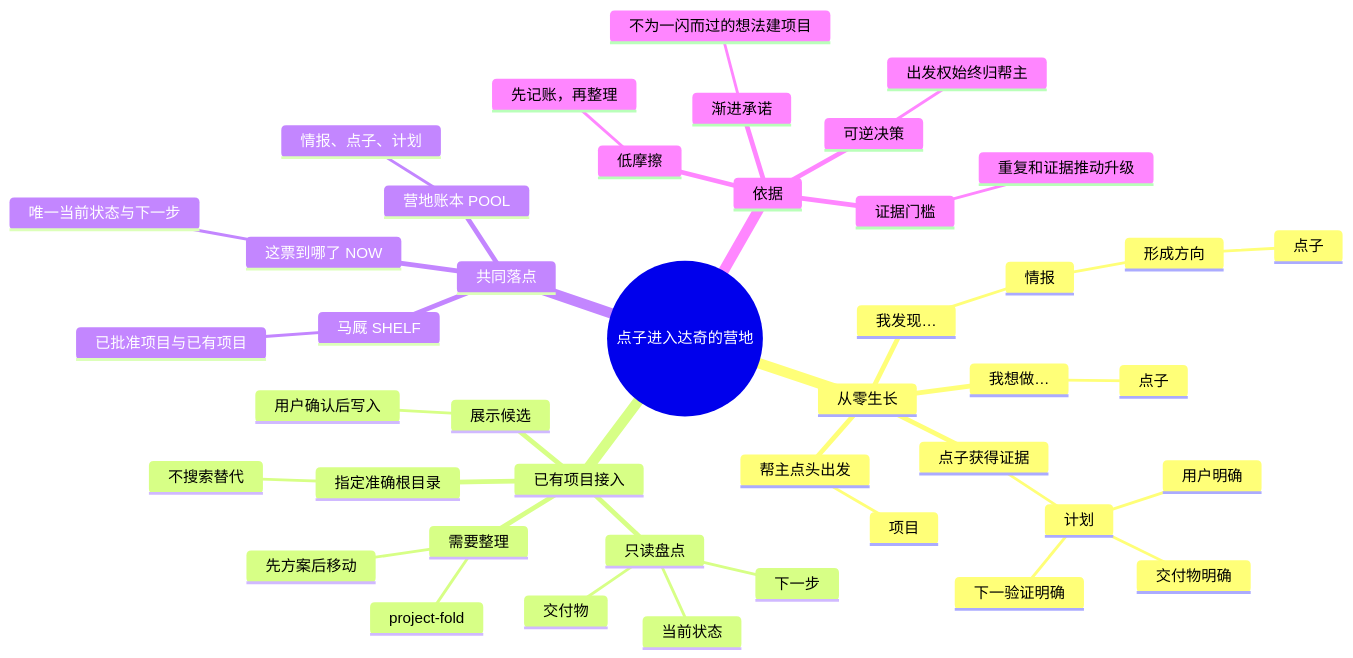
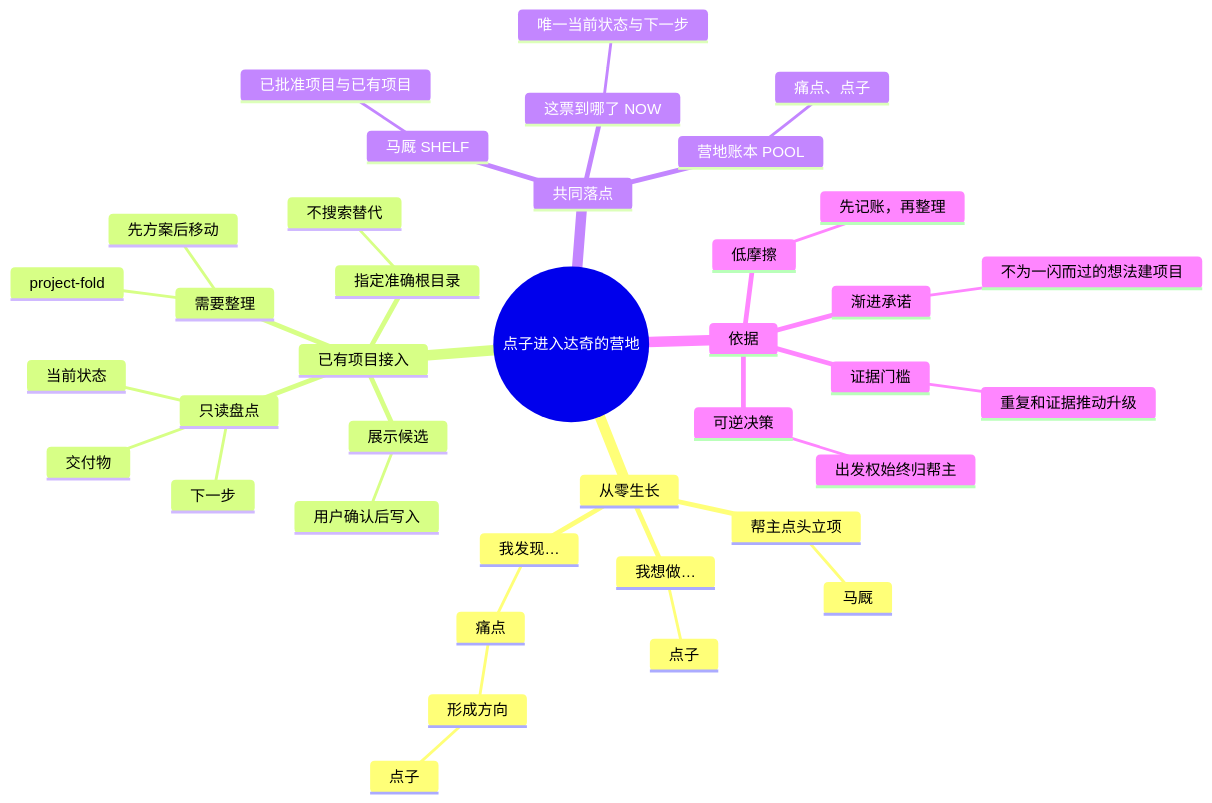
One commit to pakco77/daqi.skill changed the first of 2 diagrams in README.zh-CN.md. Above: the diagram before and after it, drawn with Mermaid. The commit also changed other lines of this file and 12 other files, not shown here.

````diff
--- a/README.zh-CN.md
+++ b/README.zh-CN.md
@@ -96,46 +96,41 @@
 ```mermaid
 mindmap
   root((点子进入达奇的营地))
     从零生长
       我发现…
-        情报
+        痛点
           形成方向
             点子
       我想做…
         点子
-      点子获得证据
-        计划
-          用户明确
-          交付物明确
-          下一验证明确
-      帮主点头出发
-        项目
+      帮主点头立项
+        马厩
     已有项目接入
       指定准确根目录
         不搜索替代
       只读盘点
         交付物
         当前状态
         下一步
       展示候选
         用户确认后写入
       需要整理
         project-fold
         先方案后移动
     共同落点
       营地账本 POOL
-        情报、点子、计划
+        痛点、点子
       马厩 SHELF
         已批准项目与已有项目
       这票到哪了 NOW
         唯一当前状态与下一步
     依据
       渐进承诺
         不为一闪而过的想法建项目
       证据门槛
         重复和证据推动升级
       可逆决策
         出发权始终归帮主
       低摩擦
         先记账，再整理
 ```
````
